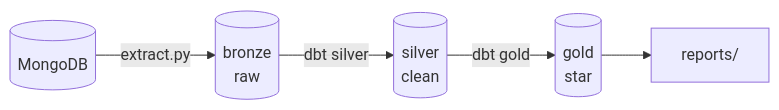
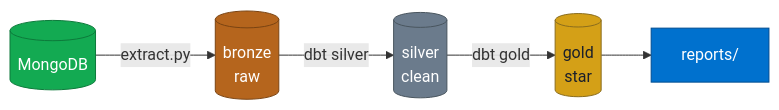
Before and after one commit to Nitinx12/DBT-Medallion-Pipeline: the diagram in docs/architecture.md, drawn with Mermaid. The commit also changed 2 other files, not shown here.

Commit message:
docs: color mermaid diagrams and fix attached counts
Shared bronze/silver/gold plus status palette on all seven diagrams. Fix S7 missing its class, CI jobs 5 to 7 with the two missing rows, and runners three to five ways.

````diff
--- a/docs/architecture.md
+++ b/docs/architecture.md
@@ -5,7 +5,18 @@
 ```mermaid
 flowchart LR
   MONGO[(MongoDB)] -->|extract.py| BRONZE[(bronze<br/>raw)]
   BRONZE -->|dbt silver| SILVER[(silver<br/>clean)]
   SILVER -->|dbt gold| GOLD[(gold<br/>star)]
   GOLD --> BI[reports/]
+
+  classDef mongo fill:#13AA52,color:#fff,stroke:#0d7a3b
+  classDef bronze fill:#B5651D,color:#fff,stroke:#7a4413
+  classDef silver fill:#6B7B8C,color:#fff,stroke:#4a565f
+  classDef gold fill:#D4A017,color:#1A1F2B,stroke:#8a6d1f
+  classDef bi fill:#0071CE,color:#fff,stroke:#004C91
+  class MONGO mongo
+  class BRONZE bronze
+  class SILVER silver
+  class GOLD gold
+  class BI bi
 ```
````
